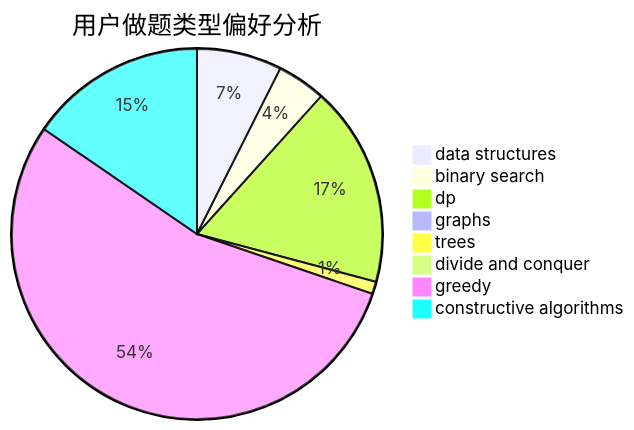
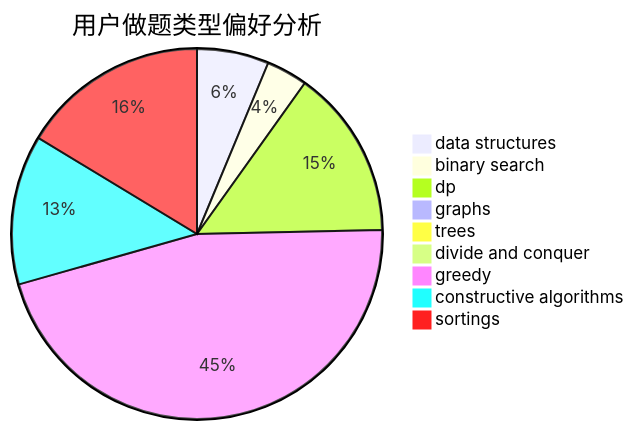
One commit to sherpahu/cfrs.github.io changed the second of 3 diagrams in docs/user/u123.md. Above: the diagram before and after it, drawn with Mermaid. The commit also changed other lines of this file and 2769 other files, not shown here.

````diff
--- a/docs/user/u123.md
+++ b/docs/user/u123.md
@@ -23,11 +18,12 @@
 ```mermaid
 pie title 用户做题类型偏好分析
     "data structures" :  138
     "binary search" :  79
     "dp" :  325
     "graphs" :  15
     "trees" :  20
     "divide and conquer" :  4
     "greedy" :  1010
     "constructive algorithms" :  287
+    "sortings" :  359
 ```
````
